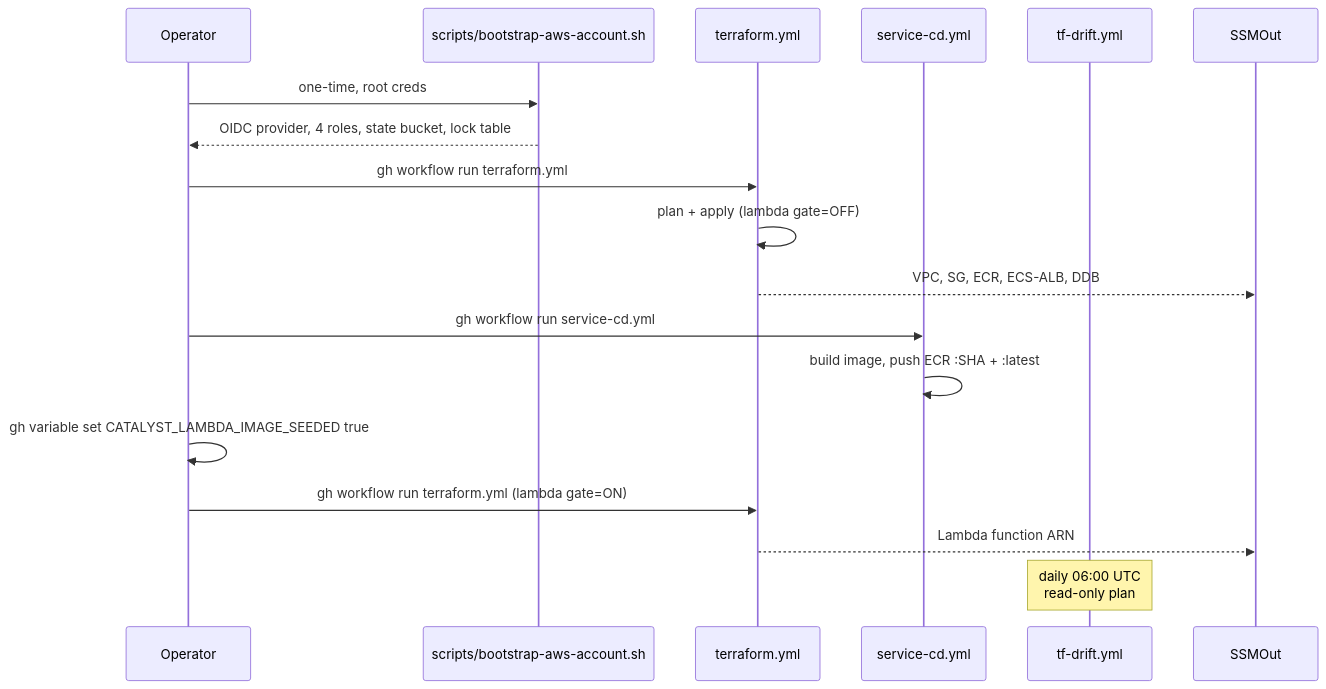
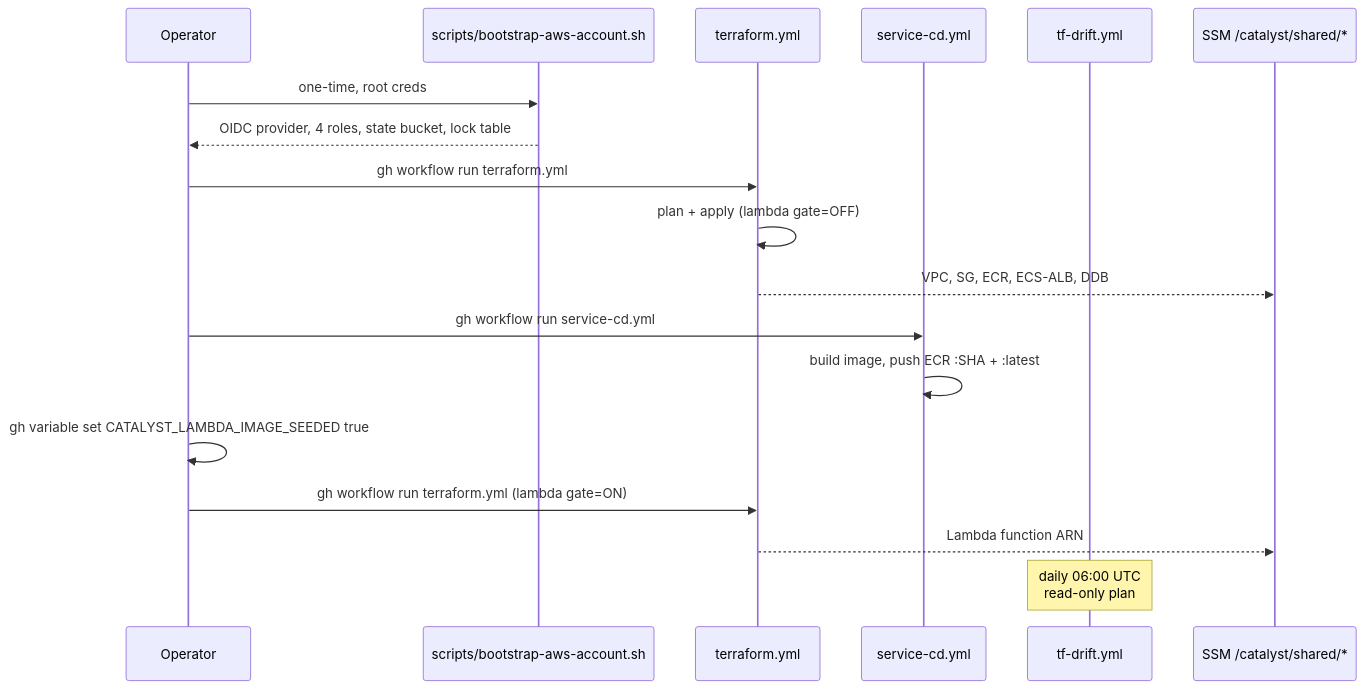
Before and after one commit to Cloud-Byte-Consulting/Catalyst: the third of 3 diagrams in diagrams/control-plane.md, drawn with Mermaid.

Commit message:
docs(diagram): declare SSMOut participant in phase-ordering sequence
Peer-review on PR #148 (verdict APPROVE, finding #1 LOW) flagged that the
Phase-ordering sequenceDiagram references SSMOut as a target participant
on the TF-->>SSMOut messages without declaring it in the participant list.
Mermaid auto-creates undeclared participants but they appear out of nowhere
visually. One-line addition for diagram clarity.

````diff
--- a/diagrams/control-plane.md
+++ b/diagrams/control-plane.md
@@ -69,20 +69,21 @@
 ```mermaid
 sequenceDiagram
     participant Op as Operator
     participant Bootstrap as scripts/bootstrap-aws-account.sh
     participant TF as terraform.yml
     participant CD as service-cd.yml
     participant Drift as tf-drift.yml
+    participant SSMOut as SSM /catalyst/shared/*
 
     Op->>Bootstrap: one-time, root creds
     Bootstrap-->>Op: OIDC provider, 4 roles, state bucket, lock table
     Op->>TF: gh workflow run terraform.yml
     TF->>TF: plan + apply (lambda gate=OFF)
     TF-->>SSMOut: VPC, SG, ECR, ECS-ALB, DDB
     Op->>CD: gh workflow run service-cd.yml
     CD->>CD: build image, push ECR :SHA + :latest
     Op->>Op: gh variable set CATALYST_LAMBDA_IMAGE_SEEDED true
     Op->>TF: gh workflow run terraform.yml (lambda gate=ON)
     TF-->>SSMOut: Lambda function ARN
     Note over Drift: daily 06:00 UTC<br/>read-only plan
 ```
````
